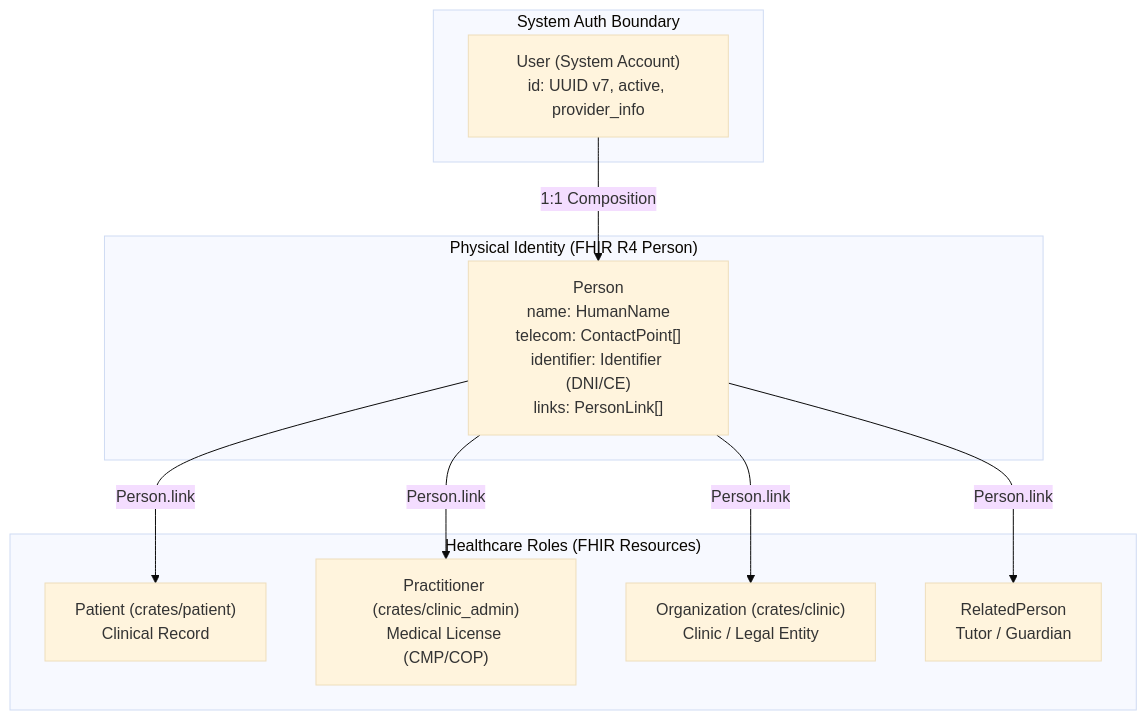
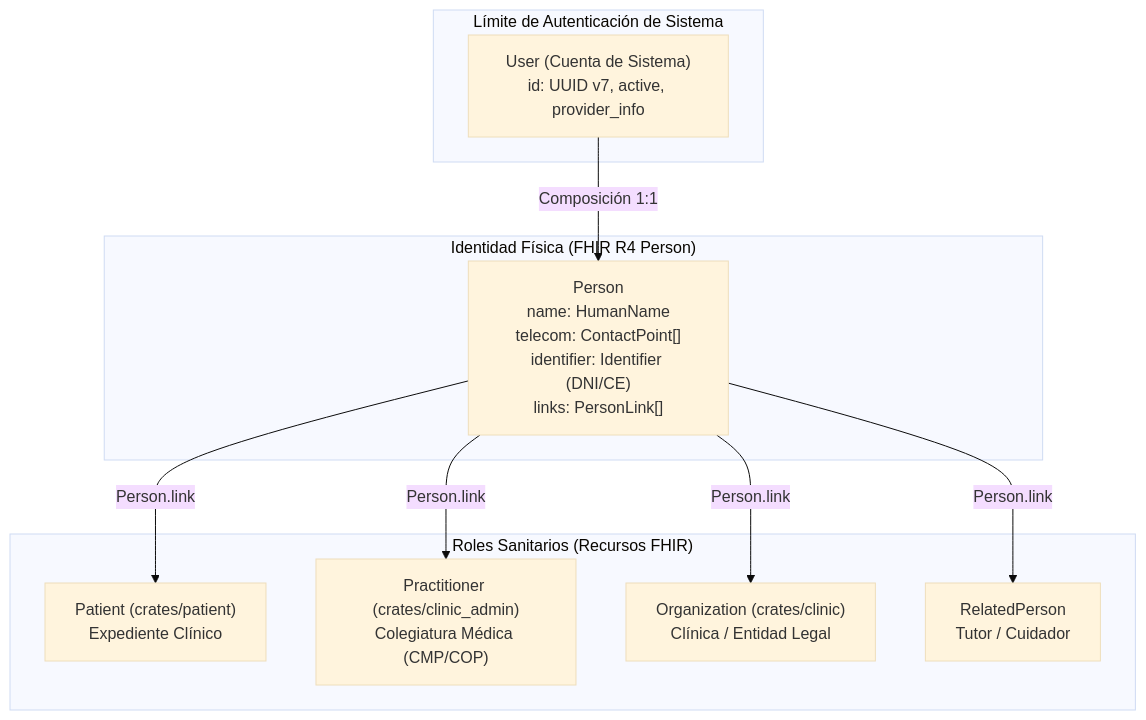
Before and after one commit to mamba-black/my-health-record: the seventh of 9 diagrams in backend/AGENTS.md, drawn with Mermaid (base theme). The commit also changed other lines of this file, not shown here.

````diff
--- a/backend/AGENTS.md
+++ b/backend/AGENTS.md
@@ -231,23 +231,23 @@
 ```mermaid
 graph TD
-    subgraph auth_boundary["System Auth Boundary"]
-        User["User (System Account)<br/>id: UUID v7, active, provider_info"]
+    subgraph auth_boundary["Límite de Autenticación de Sistema"]
+        User["User (Cuenta de Sistema)<br/>id: UUID v7, active, provider_info"]
     end
 
-    subgraph physical_identity["Physical Identity (FHIR R4 Person)"]
+    subgraph physical_identity["Identidad Física (FHIR R4 Person)"]
         Person["Person<br/>name: HumanName<br/>telecom: ContactPoint[]<br/>identifier: Identifier (DNI/CE)<br/>links: PersonLink[]"]
     end
 
-    subgraph healthcare_roles["Healthcare Roles (FHIR Resources)"]
-        Patient["Patient (crates/patient)<br/>Clinical Record"]
-        Practitioner["Practitioner (crates/clinic_admin)<br/>Medical License (CMP/COP)"]
-        Organization["Organization (crates/clinic)<br/>Clinic / Legal Entity"]
-        RelatedPerson["RelatedPerson<br/>Tutor / Guardian"]
+    subgraph healthcare_roles["Roles Sanitarios (Recursos FHIR)"]
+        Patient["Patient (crates/patient)<br/>Expediente Clínico"]
+        Practitioner["Practitioner (crates/clinic_admin)<br/>Colegiatura Médica (CMP/COP)"]
+        Organization["Organization (crates/clinic)<br/>Clínica / Entidad Legal"]
+        RelatedPerson["RelatedPerson<br/>Tutor / Cuidador"]
     end
 
-    User -->|1:1 Composition| Person
+    User -->|Composición 1:1| Person
     Person -->|Person.link| Patient
     Person -->|Person.link| Practitioner
     Person -->|Person.link| Organization
     Person -->|Person.link| RelatedPerson
 ```
````
